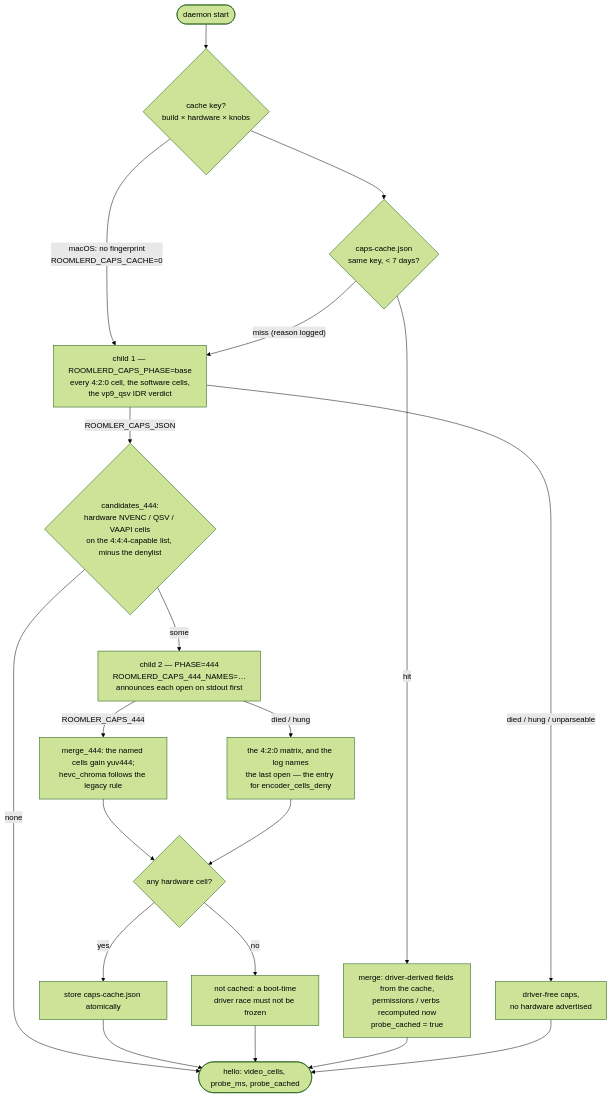
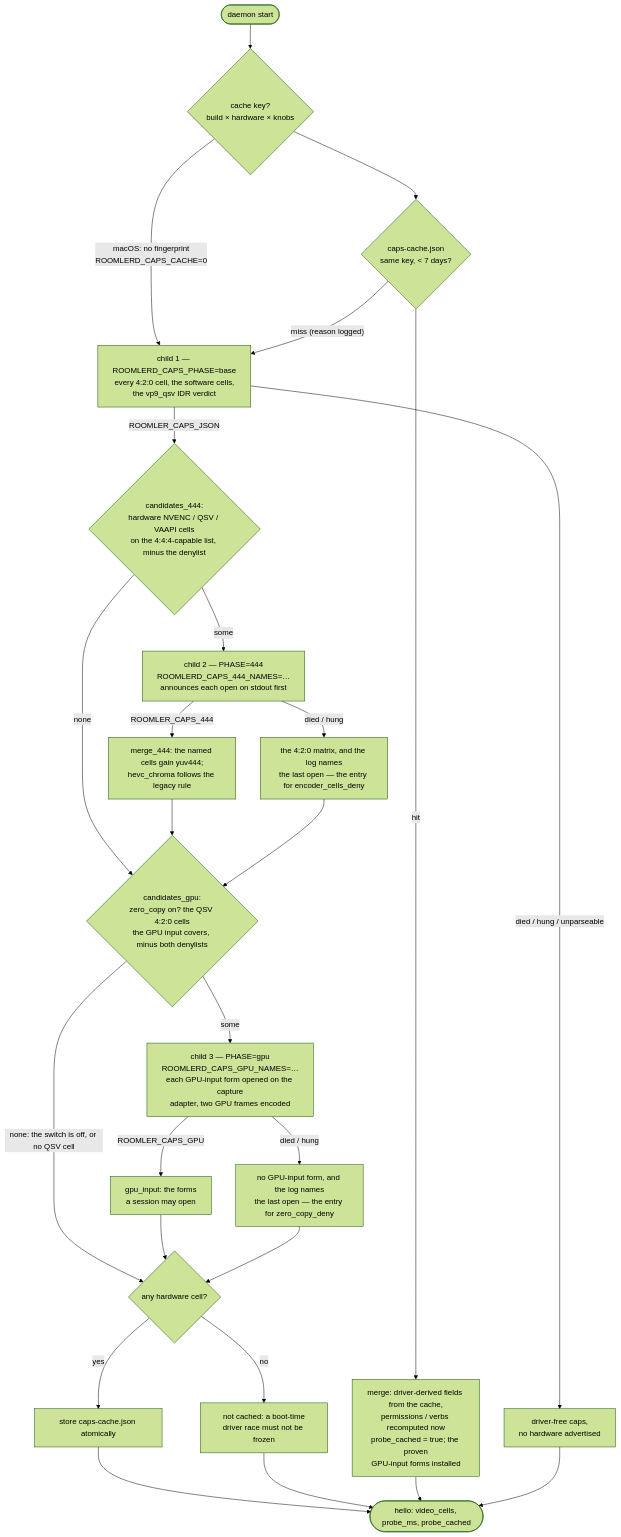
Before and after one commit to gjovanov/roomler-ai: the third of 8 diagrams in docs/encoders.md, drawn with Mermaid (forest theme). The commit also changed other lines of this file and 28 other files, not shown here.

````diff
--- a/docs/encoders.md
+++ b/docs/encoders.md
@@ -191,22 +192,29 @@
 ```mermaid
 flowchart TD
     S([daemon start]) --> K{cache key?<br/>build × hardware × knobs}
     K -- "macOS: no fingerprint<br/>ROOMLERD_CAPS_CACHE=0" --> B
     K --> L{caps-cache.json<br/>same key, < 7 days?}
-    L -- hit --> M[merge: driver-derived fields from the cache,<br/>permissions / verbs recomputed now<br/>probe_cached = true]
+    L -- hit --> M[merge: driver-derived fields from the cache,<br/>permissions / verbs recomputed now<br/>probe_cached = true; the proven<br/>GPU-input forms installed]
     L -- "miss (reason logged)" --> B["child 1 — ROOMLERD_CAPS_PHASE=base<br/>every 4:2:0 cell, the software cells,<br/>the vp9_qsv IDR verdict"]
     B -- "died / hung / unparseable" --> F[driver-free caps,<br/>no hardware advertised]
     B -- ROOMLER_CAPS_JSON --> C{candidates_444:<br/>hardware NVENC / QSV / VAAPI cells<br/>on the 4:4:4-capable list, minus the denylist}
-    C -- none --> H
+    C -- none --> P
     C -- some --> T["child 2 — PHASE=444<br/>ROOMLERD_CAPS_444_NAMES=…<br/>announces each open on stdout first"]
     T -- ROOMLER_CAPS_444 --> G[merge_444: the named cells gain yuv444;<br/>hevc_chroma follows the legacy rule]
     T -- "died / hung" --> H2["the 4:2:0 matrix, and the log names<br/>the last open — the entry for encoder_cells_deny"]
-    G --> W{any hardware cell?}
-    H2 --> W
+    G --> P
+    H2 --> P
+    P{candidates_gpu:<br/>zero_copy on? the QSV 4:2:0 cells<br/>the GPU input covers, minus both denylists}
+    P -- "none: the switch is off, or no QSV cell" --> W
+    P -- some --> U["child 3 — PHASE=gpu<br/>ROOMLERD_CAPS_GPU_NAMES=…<br/>each GPU-input form opened on the capture<br/>adapter, two GPU frames encoded"]
+    U -- ROOMLER_CAPS_GPU --> V[gpu_input: the forms<br/>a session may open]
+    U -- "died / hung" --> V2["no GPU-input form, and the log names<br/>the last open — the entry for zero_copy_deny"]
+    V --> W{any hardware cell?}
+    V2 --> W
     W -- yes --> ST[store caps-cache.json atomically]
     W -- no --> N[not cached: a boot-time<br/>driver race must not be frozen]
     ST --> H([hello: video_cells, probe_ms, probe_cached])
     N --> H
     M --> H
     F --> H
 ```
````
